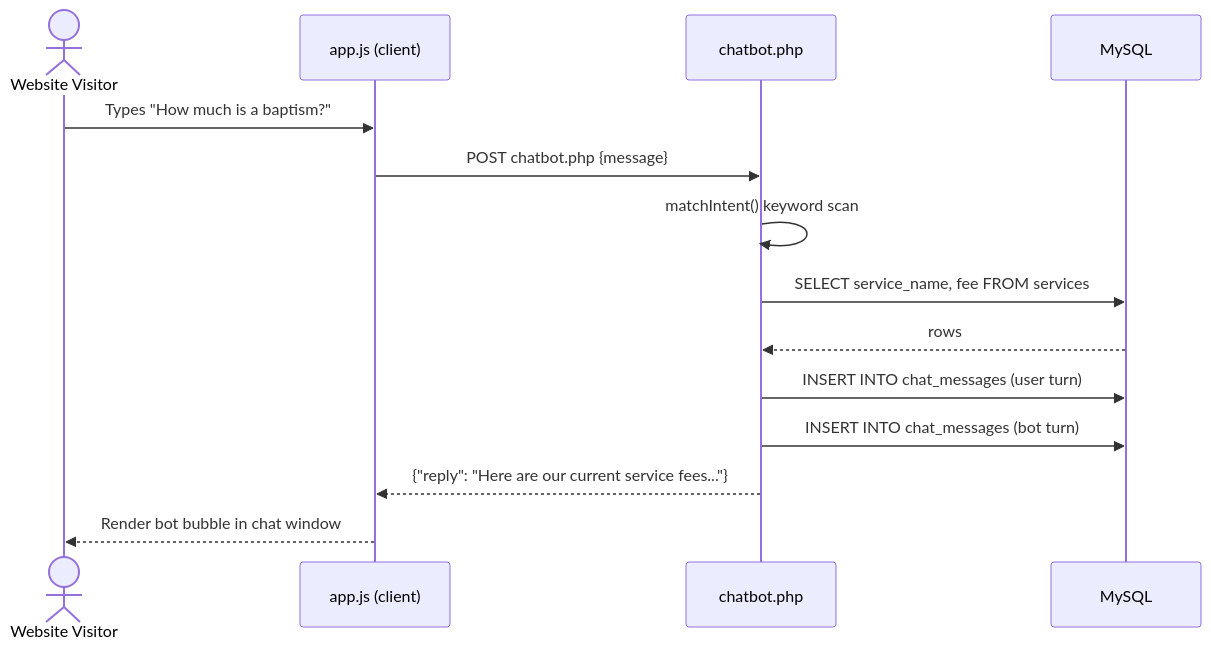
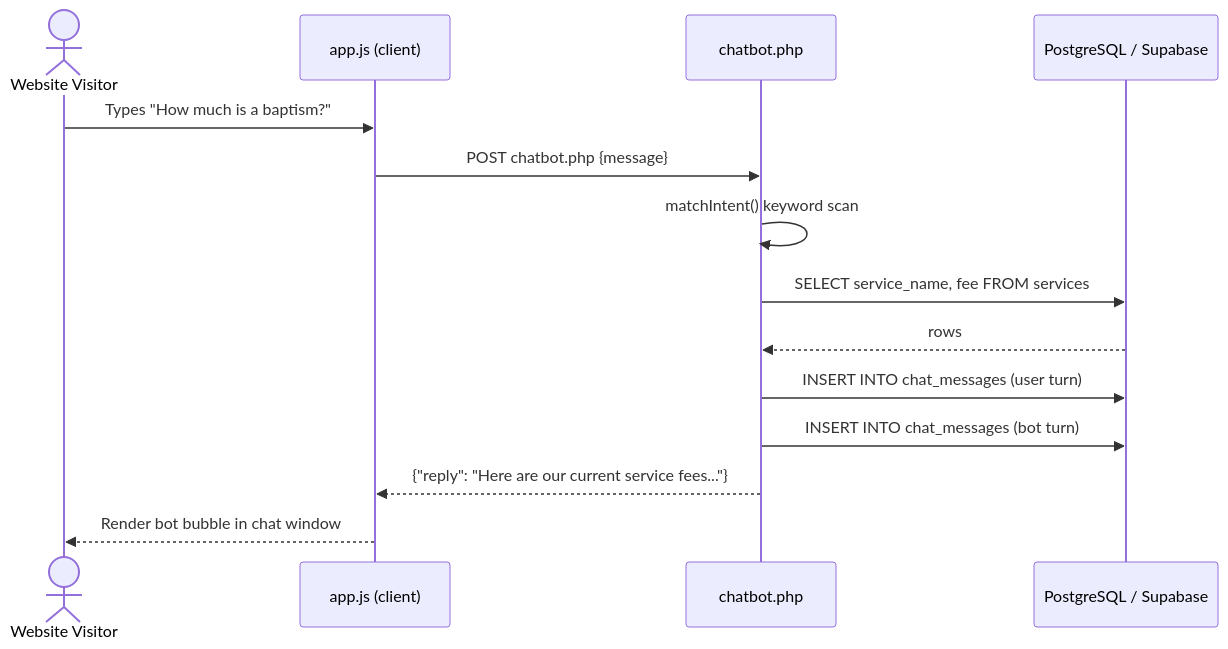
The second of 2 diagrams in docs/sequence-diagram.md (olmcp016/parishhub_gab), drawn with Mermaid before and after one commit. The commit also changed other lines of this file and 34 other files, not shown here.

````diff
--- a/docs/sequence-diagram.md
+++ b/docs/sequence-diagram.md
@@ -63,17 +63,17 @@
 ```mermaid
 sequenceDiagram
     actor U as Website Visitor
     participant JS as app.js (client)
     participant PHP as chatbot.php
-    participant DB as MySQL
+    participant DB as PostgreSQL / Supabase
 
     U->>JS: Types "How much is a baptism?"
     JS->>PHP: POST chatbot.php {message}
     PHP->>PHP: matchIntent() keyword scan
     PHP->>DB: SELECT service_name, fee FROM services
     DB-->>PHP: rows
     PHP->>DB: INSERT INTO chat_messages (user turn)
     PHP->>DB: INSERT INTO chat_messages (bot turn)
     PHP-->>JS: {"reply": "Here are our current service fees..."}
     JS-->>U: Render bot bubble in chat window
 ```
````
